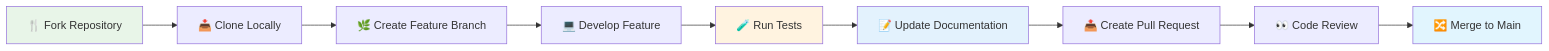
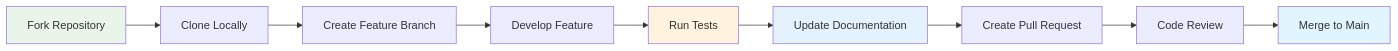
One commit to Monsau/S3connectorplaybook changed diagram 12 of 12 in README.md. Above: the diagram before and after it, drawn with Mermaid. The commit also changed other lines of this file and 4 other files, not shown here.

````diff
--- a/README.md
+++ b/README.md
@@ -948,16 +948,16 @@
 ```mermaid
 graph LR
-    Fork[🍴 Fork Repository] --> Clone[📥 Clone Locally]
-    Clone --> Branch[🌿 Create Feature Branch]
-    Branch --> Develop[💻 Develop Feature]
-    Develop --> Test[🧪 Run Tests]
-    Test --> Document[📝 Update Documentation]
-    Document --> PR[📤 Create Pull Request]
-    PR --> Review[👀 Code Review]
-    Review --> Merge[🔀 Merge to Main]
+    Fork[ Fork Repository] --> Clone[ Clone Locally]
+    Clone --> Branch[ Create Feature Branch]
+    Branch --> Develop[ Develop Feature]
+    Develop --> Test[ Run Tests]
+    Test --> Document[ Update Documentation]
+    Document --> PR[ Create Pull Request]
+    PR --> Review[ Code Review]
+    Review --> Merge[ Merge to Main]
     
     style Fork fill:#e8f5e8
     style Test fill:#fff3e0
     style Document fill:#e3f2fd
     style Merge fill:#e1f5fe
 ```
````
